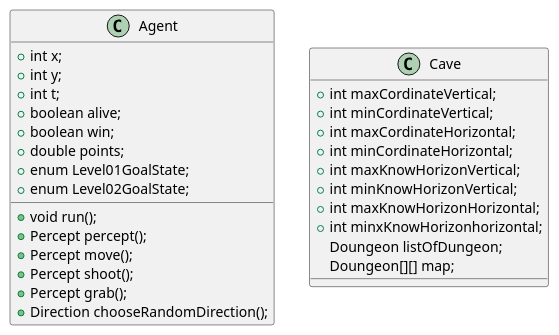
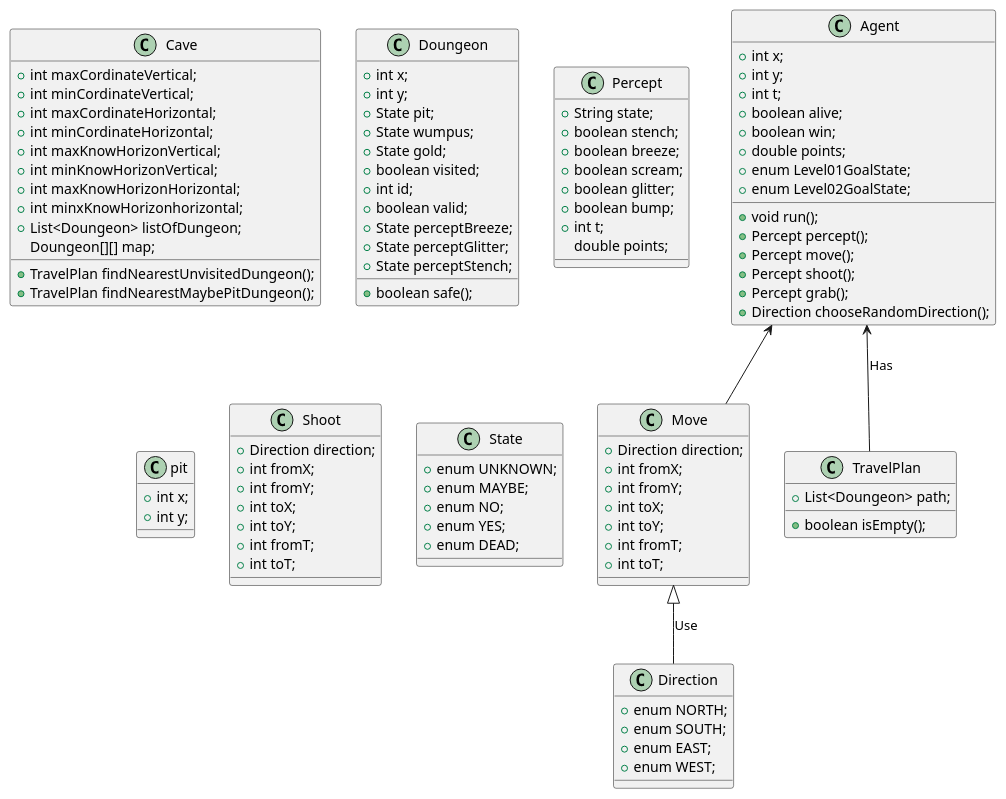
Before and after one commit to andredob/Wumpus-Agent: the diagram in wumpus-agent-minimum2/info/WumpusUml(Version1).pu, drawn with PlantUML. The commit also changed 2 other files, not shown here.

```diff
--- a/wumpus-agent-minimum2/info/WumpusUml(Version1).pu
+++ b/wumpus-agent-minimum2/info/WumpusUml(Version1).pu
@@ -1,35 +1,114 @@
 @startuml
 
 class Agent{
   +int x;
   +int y;
   +int t;
   +boolean alive;
   +boolean win;
   +double points;
   +enum Level01GoalState;
   +enum Level02GoalState;
 
   +void run();
   +Percept percept();
   +Percept move();
   +Percept shoot();
   +Percept grab();
   +Direction chooseRandomDirection();
 }
 
 class Cave{
   +int maxCordinateVertical;
   +int minCordinateVertical;
   +int maxCordinateHorizontal;
   +int minCordinateHorizontal;
   +int maxKnowHorizonVertical;
   +int minKnowHorizonVertical;
   +int maxKnowHorizonHorizontal;
   +int minxKnowHorizonhorizontal;
-  Doungeon listOfDungeon;
+  +List<Doungeon> listOfDungeon;
   Doungeon[][] map;
+
+  +TravelPlan findNearestUnvisitedDungeon();
+  +TravelPlan findNearestMaybePitDungeon();
 }
+
+class Direction{
+  +enum NORTH;
+  +enum SOUTH;
+  +enum EAST;
+  +enum WEST;
+}
+
+class Doungeon{
+  +int x;
+  +int y;
+  +State pit;
+  +State wumpus;
+  +State gold;
+  +boolean visited;
+  +int id;
+  +boolean valid;
+  +State perceptBreeze;
+  +State perceptGlitter;
+  +State perceptStench;
+
+  +boolean safe();
+}
+
+class Move{
+  +Direction direction;
+  +int fromX;
+  +int fromY;
+  +int toX;
+  +int toY;
+  +int fromT;
+  +int toT;
+}
+
+class Percept{
+  +String state;
+  +boolean stench;
+  +boolean breeze;
+  +boolean scream;
+  +boolean glitter;
+  +boolean bump;
+  +int t;
+  double points;
+}
+
+class pit{
+  +int x;
+  +int y;
+}
+
+class Shoot{
+  +Direction direction;
+  +int fromX;
+  +int fromY;
+  +int toX;
+  +int toY;
+  +int fromT;
+  +int toT;
+}
+
+class State{
+  +enum UNKNOWN;
+  +enum MAYBE;
+  +enum NO;
+  +enum YES;
+  +enum DEAD;
+}
+
+class TravelPlan{
+  +List<Doungeon> path;
+  +boolean isEmpty();
+}
+
+Agent<-- Move
+Agent<-- TravelPlan : Has
+Move<|-- Direction : Use
 
 
 @enduml
```
